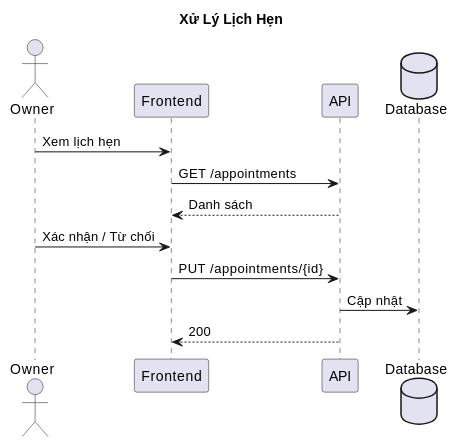
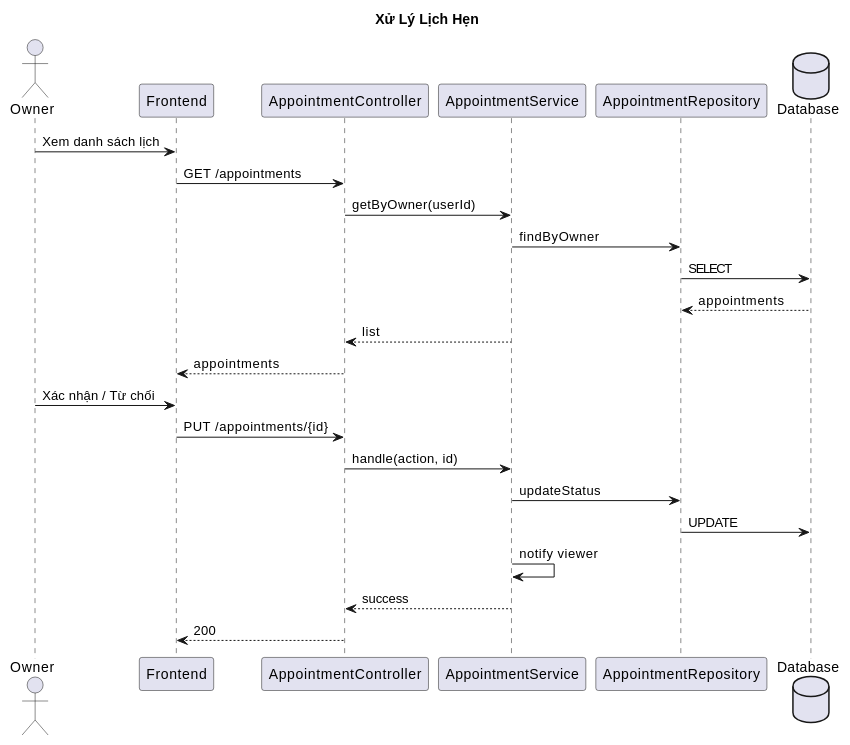
Before and after one commit to BuiThaiBao/Propify: the diagram in docs/sequence-diagram-xu-ly-lich-hen.md, drawn with PlantUML. The commit also changed other lines of this file and 11 other files, not shown here.

Commit message:
feat: update sequence diagrams to reflect 3-layer architecture and detailed interactions

````diff
--- a/docs/sequence-diagram-xu-ly-lich-hen.md
+++ b/docs/sequence-diagram-xu-ly-lich-hen.md
@@ -3,18 +3,29 @@
 ```plantuml
 @startuml
 title Xử Lý Lịch Hẹn
 
 actor "Owner" as Owner
 participant "Frontend" as FE
-participant "API" as API
+participant "AppointmentController" as Controller
+participant "AppointmentService" as Service
+participant "AppointmentRepository" as Repo
 database "Database" as DB
 
-Owner -> FE: Xem lịch hẹn
-FE -> API: GET /appointments
-API --> FE: Danh sách
+Owner -> FE: Xem danh sách lịch
+FE -> Controller: GET /appointments
+Controller -> Service: getByOwner(userId)
+Service -> Repo: findByOwner
+Repo -> DB: SELECT
+DB --> Repo: appointments
+Service --> Controller: list
+Controller --> FE: appointments
 Owner -> FE: Xác nhận / Từ chối
-FE -> API: PUT /appointments/{id}
-API -> DB: Cập nhật
-API --> FE: 200
+FE -> Controller: PUT /appointments/{id}
+Controller -> Service: handle(action, id)
+Service -> Repo: updateStatus
+Repo -> DB: UPDATE
+Service -> Service: notify viewer
+Service --> Controller: success
+Controller --> FE: 200
 @enduml
 ```
````
